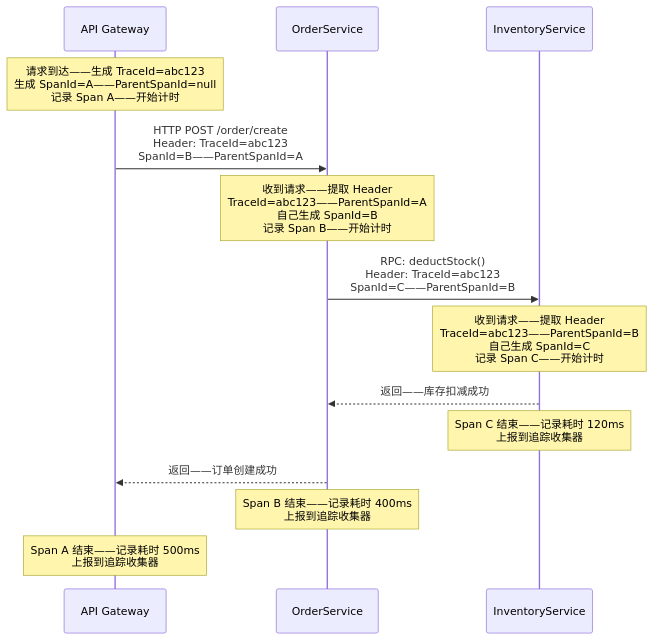
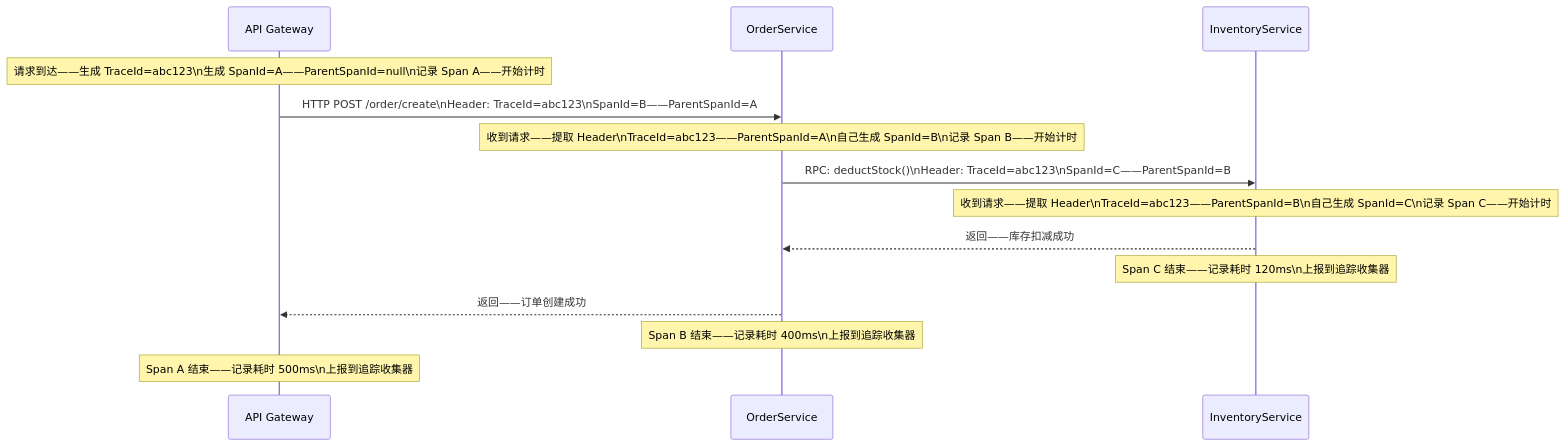
One commit to yaocat55/yaocat55.github.io changed the second of 3 diagrams in content/posts/distributed-algorithms/DapperTraceIdSpanIdPropagation.md. Above: the diagram before and after it, drawn with Mermaid. The commit also changed other lines of this file and 155 other files, not shown here.

````diff
--- a/content/posts/distributed-algorithms/DapperTraceIdSpanIdPropagation.md
+++ b/content/posts/distributed-algorithms/DapperTraceIdSpanIdPropagation.md
@@ -137,24 +137,24 @@
 ```mermaid
 sequenceDiagram
     participant GW as API Gateway
     participant OS as OrderService
     participant IS as InventoryService
 
-    Note over GW: 请求到达——生成 TraceId=abc123<br/>生成 SpanId=A——ParentSpanId=null<br/>记录 Span A——开始计时
+    Note over GW: 请求到达——生成 TraceId=abc123\n生成 SpanId=A——ParentSpanId=null\n记录 Span A——开始计时
 
-    GW->>OS: HTTP POST /order/create<br/>Header: TraceId=abc123<br/>SpanId=B——ParentSpanId=A
+    GW->>OS: HTTP POST /order/create\nHeader: TraceId=abc123\nSpanId=B——ParentSpanId=A
 
-    Note over OS: 收到请求——提取 Header<br/>TraceId=abc123——ParentSpanId=A<br/>自己生成 SpanId=B<br/>记录 Span B——开始计时
+    Note over OS: 收到请求——提取 Header\nTraceId=abc123——ParentSpanId=A\n自己生成 SpanId=B\n记录 Span B——开始计时
 
-    OS->>IS: RPC: deductStock()<br/>Header: TraceId=abc123<br/>SpanId=C——ParentSpanId=B
+    OS->>IS: RPC: deductStock()\nHeader: TraceId=abc123\nSpanId=C——ParentSpanId=B
 
-    Note over IS: 收到请求——提取 Header<br/>TraceId=abc123——ParentSpanId=B<br/>自己生成 SpanId=C<br/>记录 Span C——开始计时
+    Note over IS: 收到请求——提取 Header\nTraceId=abc123——ParentSpanId=B\n自己生成 SpanId=C\n记录 Span C——开始计时
 
     IS-->>OS: 返回——库存扣减成功
-    Note over IS: Span C 结束——记录耗时 120ms<br/>上报到追踪收集器
+    Note over IS: Span C 结束——记录耗时 120ms\n上报到追踪收集器
 
     OS-->>GW: 返回——订单创建成功
-    Note over OS: Span B 结束——记录耗时 400ms<br/>上报到追踪收集器
+    Note over OS: Span B 结束——记录耗时 400ms\n上报到追踪收集器
 
-    Note over GW: Span A 结束——记录耗时 500ms<br/>上报到追踪收集器
+    Note over GW: Span A 结束——记录耗时 500ms\n上报到追踪收集器
 ```
````
